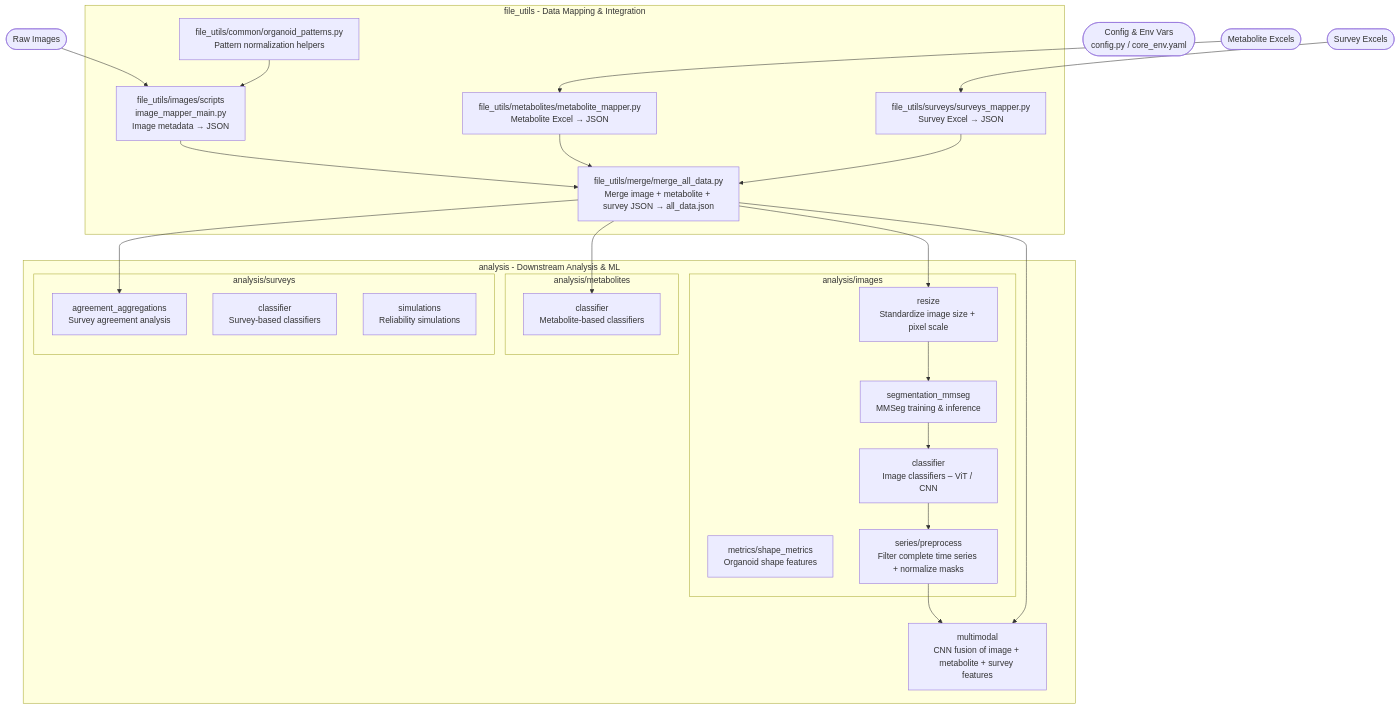
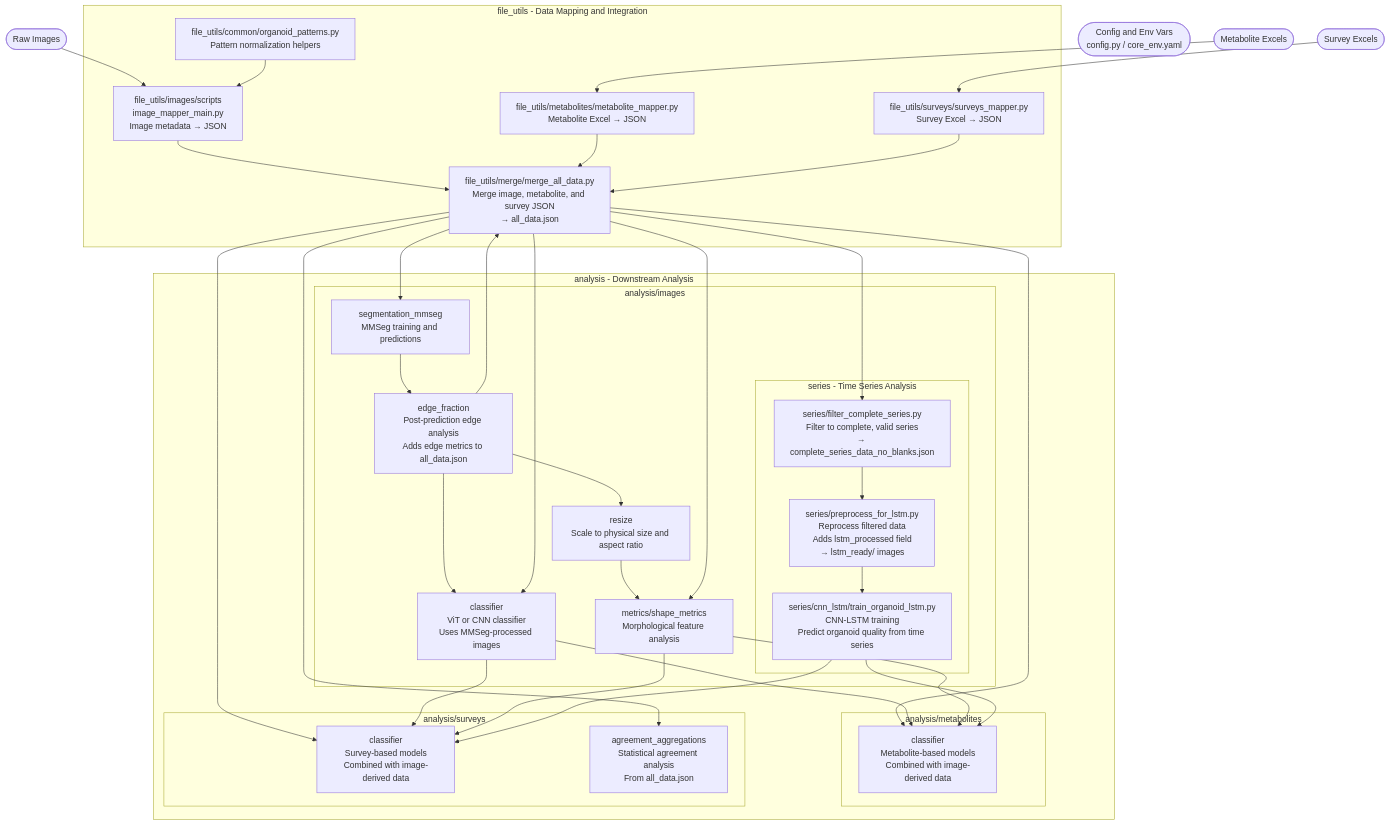
Before and after one commit to dsi-clinic/2025-promega-mini-test: the diagram in README.md, drawn with Mermaid.

````diff
--- a/README.md
+++ b/README.md
@@ -7,60 +7,78 @@
 ```mermaid
+%%{init: {"themeVariables": { "fontSize": "16px" }, "flowchart": { "rankSpacing": 50, "nodeSpacing": 45 }}}%%
 flowchart TD
     %% ========= INPUT STAGE ========= %%
     A1([Raw Images])
     A2([Metabolite Excels])
     A3([Survey Excels])
-    A4([Config & Env Vars<br/>config.py / core_env.yaml])
-
+    A4([Config and Env Vars<br/>config.py / core_env.yaml])
+    
     %% ========= FILE_UTILS PROCESSING ========= %%
-    subgraph B[file_utils - Data Mapping & Integration]
+    subgraph B[file_utils - Data Mapping and Integration]
         B1[file_utils/images/scripts<br/>image_mapper_main.py<br/>Image metadata → JSON]
         B1b[file_utils/common/organoid_patterns.py<br/>Pattern normalization helpers]
         B2[file_utils/metabolites/metabolite_mapper.py<br/>Metabolite Excel → JSON]
         B3[file_utils/surveys/surveys_mapper.py<br/>Survey Excel → JSON]
-        B4[file_utils/merge/merge_all_data.py<br/>Merge image + metabolite + survey JSON → all_data.json]
+        B4[file_utils/merge/merge_all_data.py<br/>Merge image, metabolite, and survey JSON<br/>→ all_data.json]
     end
-
+    
     %% ========= ANALYSIS PIPELINE ========= %%
-    subgraph C[analysis - Downstream Analysis & ML]
+    subgraph C[analysis - Downstream Analysis]
         subgraph C1[analysis/images]
-            C11[resize<br/>Standardize image size + pixel scale]
-            C12[metrics/shape_metrics<br/>Organoid shape features]
-            C13[segmentation_mmseg<br/>MMSeg training & inference]
-            C14[classifier<br/>Image classifiers – ViT / CNN]
-            C15[series/preprocess<br/>Filter complete time series + normalize masks]
+            C13[segmentation_mmseg<br/>MMSeg training and predictions]
+            C16[edge_fraction<br/>Post-prediction edge analysis<br/>Adds edge metrics to all_data.json]
+            C14[classifier<br/>ViT or CNN classifier<br/>Uses MMSeg-processed images]
+            C11[resize<br/>Scale to physical size and aspect ratio]
+            C12[metrics/shape_metrics<br/>Morphological feature analysis]
+            
+            subgraph C15[series - Time Series Analysis]
+                C15a[series/filter_complete_series.py<br/>Filter to complete, valid series<br/>→ complete_series_data_no_blanks.json]
+                C15b[series/preprocess_for_lstm.py<br/>Reprocess filtered data<br/>Adds lstm_processed field<br/>→ lstm_ready/ images]
+                C15c[series/cnn_lstm/train_organoid_lstm.py<br/>CNN-LSTM training<br/>Predict organoid quality from time series]
+            end
         end
-
+        
         subgraph C2[analysis/metabolites]
-            C21[classifier<br/>Metabolite-based classifiers]
+            C21[classifier<br/>Metabolite-based models<br/>Combined with image-derived data]
         end
-
+        
         subgraph C3[analysis/surveys]
-            C31[agreement_aggregations<br/>Survey agreement analysis]
-            C32[classifier<br/>Survey-based classifiers]
-            C33[simulations<br/>Reliability simulations]
+            C32[classifier<br/>Survey-based models<br/>Combined with image-derived data]
+            C33[agreement_aggregations<br/>Statistical agreement analysis<br/>From all_data.json]
         end
-
-        C4[multimodal<br/>CNN fusion of image + metabolite + survey features]
     end
-
+    
     %% ========= DATA FLOW ========= %%
     A1 --> B1
     B1b --> B1
     A2 --> B2
     A3 --> B3
     B1 --> B4
     B2 --> B4
     B3 --> B4
-
-    %% From merged data to analyses
-    B4 --> C11
-    C11 --> C13
-    C13 --> C14
-    C14 --> C15
-    C15 --> C4
-
+    
+    B4 --> C13
+    C13 --> C16
+    C16 --> B4
+    C16 --> C14
+    C16 --> C11
+    
+    %% LSTM Pipeline Flow
+    B4 --> C15a
+    C15a --> C15b
+    C15b --> C15c
+    
+    C11 --> C12
+    B4 --> C14
+    B4 --> C12
     B4 --> C21
-    B4 --> C31
-    B4 --> C4
+    B4 --> C32
+    B4 --> C33
+    
+    C14 --> C21
+    C14 --> C32
+    C12 --> C21
+    C12 --> C32
+    C15c --> C21
+    C15c --> C32
 ```
````
